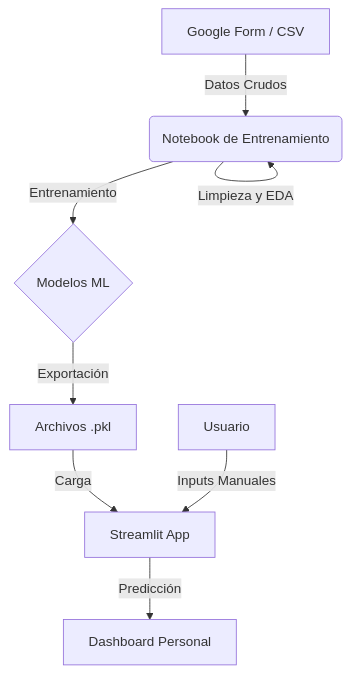
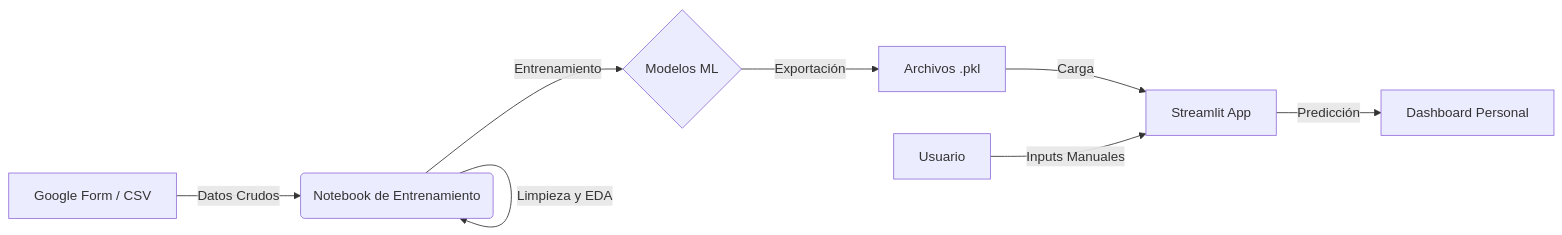
Before and after one commit to Galiextro/Python-Odyssey: the diagram in AI/Predict Your Study Productivity/README.md, drawn with Mermaid. The commit also changed other lines of this file and 2 other files, not shown here.

Commit message:
feat: Add initial project documentation and architecture for study productivity prediction.

````diff
--- a/AI/Predict Your Study Productivity/README.md
+++ b/AI/Predict Your Study Productivity/README.md
@@ -108,10 +108,10 @@
 ```mermaid
-graph TD
+flowchart LR
     A["Google Form / CSV"] -->|"Datos Crudos"| B("Notebook de Entrenamiento")
     B -->|"Limpieza y EDA"| B
     B -->|"Entrenamiento"| C{"Modelos ML"}
     C -->|"Exportación"| D["Archivos .pkl"]
     D -->|"Carga"| E["Streamlit App"]
     F["Usuario"] -->|"Inputs Manuales"| E
     E -->|"Predicción"| G["Dashboard Personal"]
 ```
````
